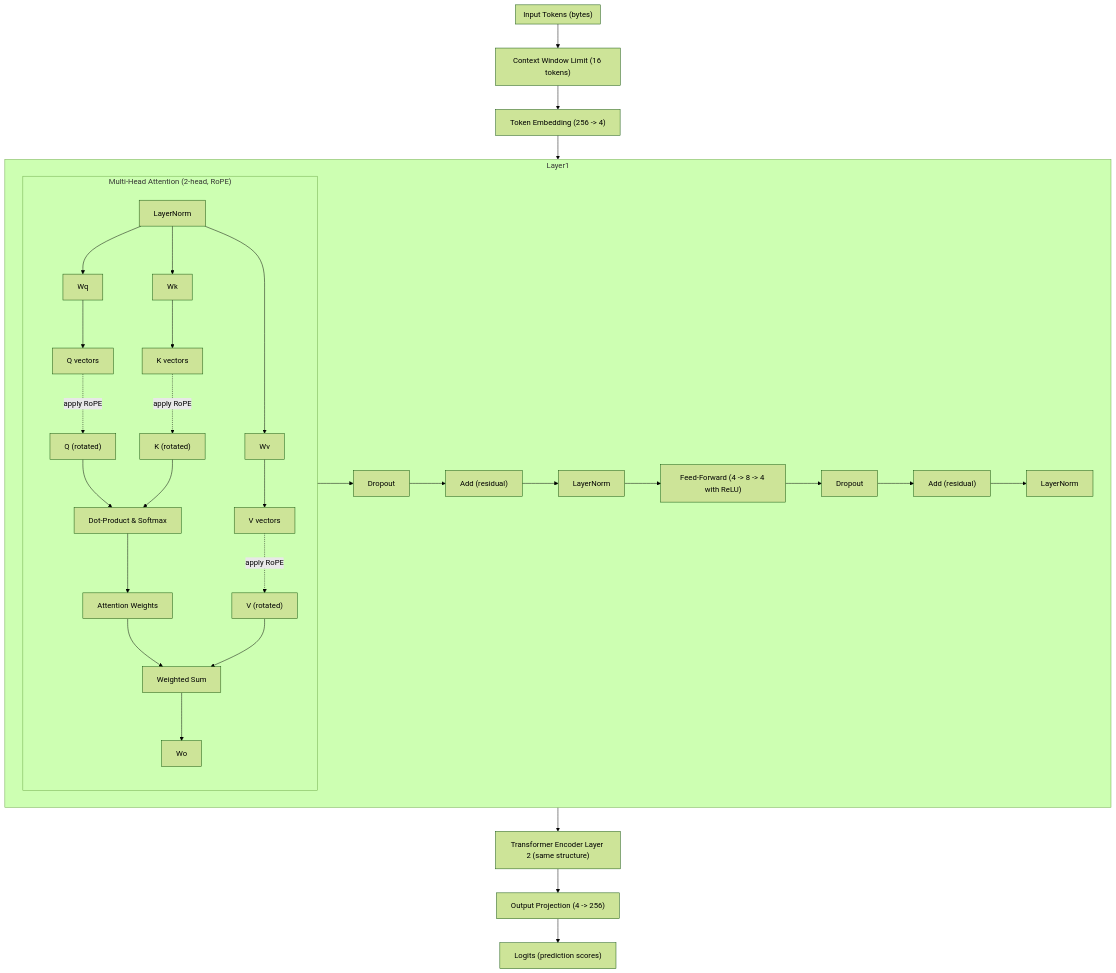
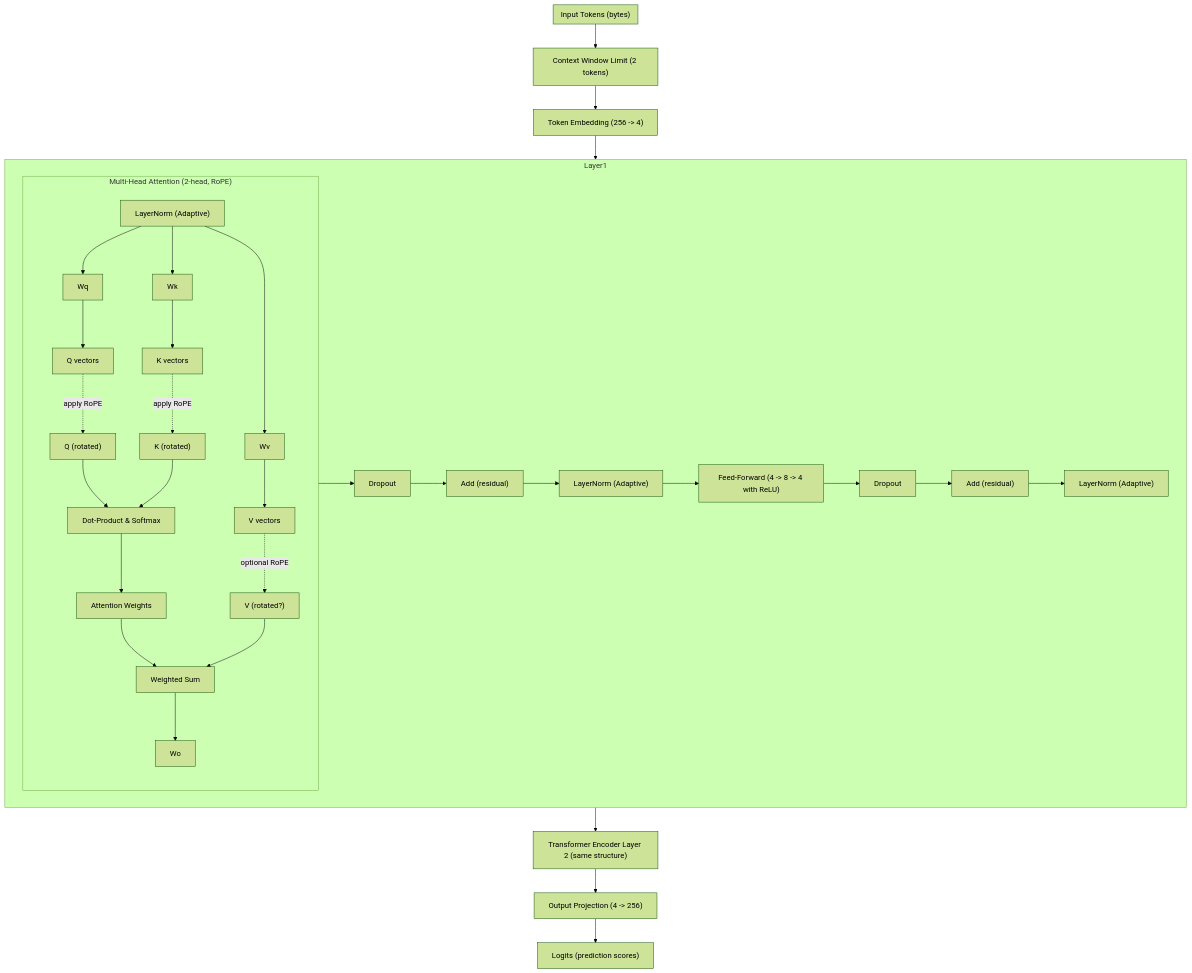
One commit to tcotten-scrypted/autonomous-virtual-beings changed the first of 2 diagrams in code/fl/docs/model_architecture.md. Above: the diagram before and after it, drawn with Mermaid (forest theme). The commit also changed other lines of this file and 5 other files, not shown here.

First line of the commit message:
[docs+fix]: update model architecture docs and restore dropout functionality

````diff
--- a/code/fl/docs/model_architecture.md
+++ b/code/fl/docs/model_architecture.md
@@ -41,42 +97,42 @@
 ```mermaid
 flowchart TD
     subgraph Input_Sequence["Input Tokens (bytes)"]
     end
-    Input_Sequence --> ContextLimit["Context Window Limit (16 tokens)"]
+    Input_Sequence --> ContextLimit["Context Window Limit (2 tokens)"]
     ContextLimit --> Embedding["Token Embedding (256 -> 4)"]
     Embedding --> Layer1["Transformer Encoder Layer 1"]
     
     subgraph Layer1
         direction LR
         subgraph MHA1["Multi-Head Attention (2-head, RoPE)"]
             direction TB
-            LN1a["LayerNorm"] --> Q1["Wq"]
+            LN1a["LayerNorm (Adaptive)"] --> Q1["Wq"]
             LN1a --> K1["Wk"]
             LN1a --> V1["Wv"]
             Q1 --> Q1_vec["Q vectors"]
             K1 --> K1_vec["K vectors"]
             V1 --> V1_vec["V vectors"]
             Q1_vec -. "apply RoPE" .-> Q1_rope["Q (rotated)"]
             K1_vec -. "apply RoPE" .-> K1_rope["K (rotated)"]
-            V1_vec -. "apply RoPE" .-> V1_rope["V (rotated)"]
+            V1_vec -. "optional RoPE" .-> V1_rope["V (rotated?)"]
             Q1_rope --> AttnScores1["Dot-Product & Softmax"]
             K1_rope --> AttnScores1
             AttnScores1 --> AttnWeights["Attention Weights"]
             AttnWeights --> AttnOut1["Weighted Sum"]
             V1_rope --> AttnOut1
             AttnOut1 --> OutProj1["Wo"]
         end
         
         OutProj1 --> Dropout1["Dropout"]
         Dropout1 --> AddRes1["Add (residual)"]
-        AddRes1 --> LN2["LayerNorm"]
+        AddRes1 --> LN2["LayerNorm (Adaptive)"]
         LN2 --> FFN1["Feed-Forward (4 -> 8 -> 4 with ReLU)"]
         FFN1 --> Dropout2["Dropout"]
         Dropout2 --> AddRes2["Add (residual)"]
-        AddRes2 --> LN3["LayerNorm"]
+        AddRes2 --> LN3["LayerNorm (Adaptive)"]
     end
     
     Layer1 --> Layer2["Transformer Encoder Layer 2 (same structure)"]
     Layer2 --> OutputProj["Output Projection (4 -> 256)"]
     OutputProj --> Logits["Logits (prediction scores)"]
 ```
````
